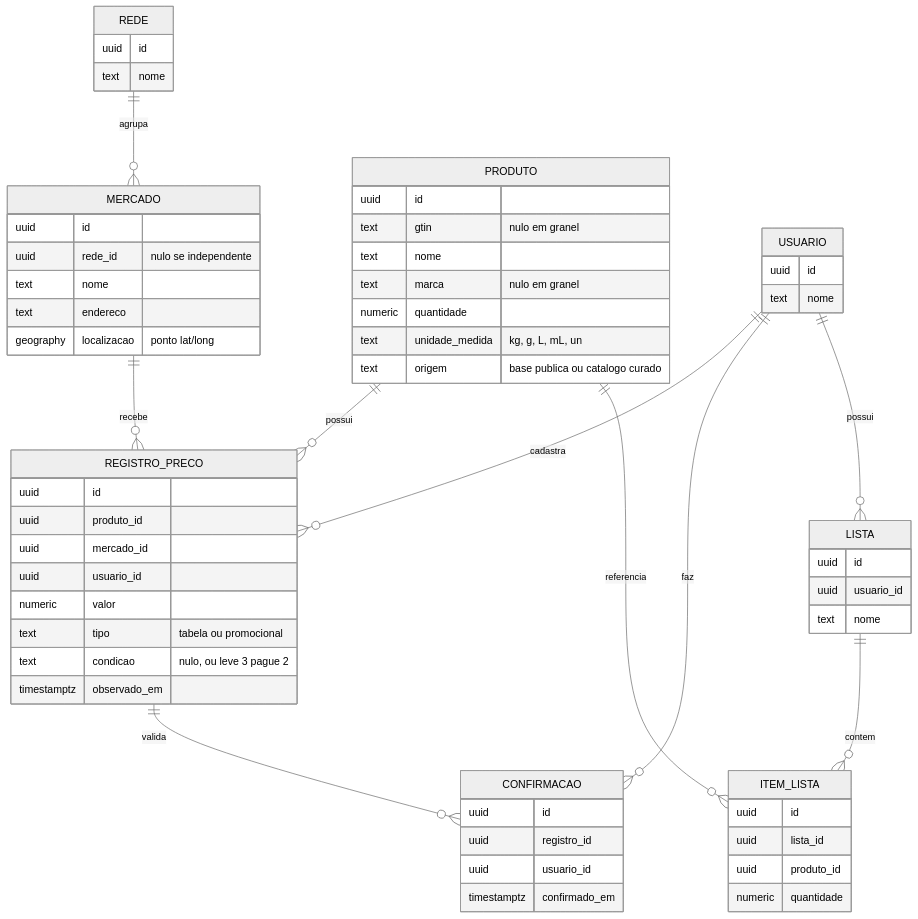
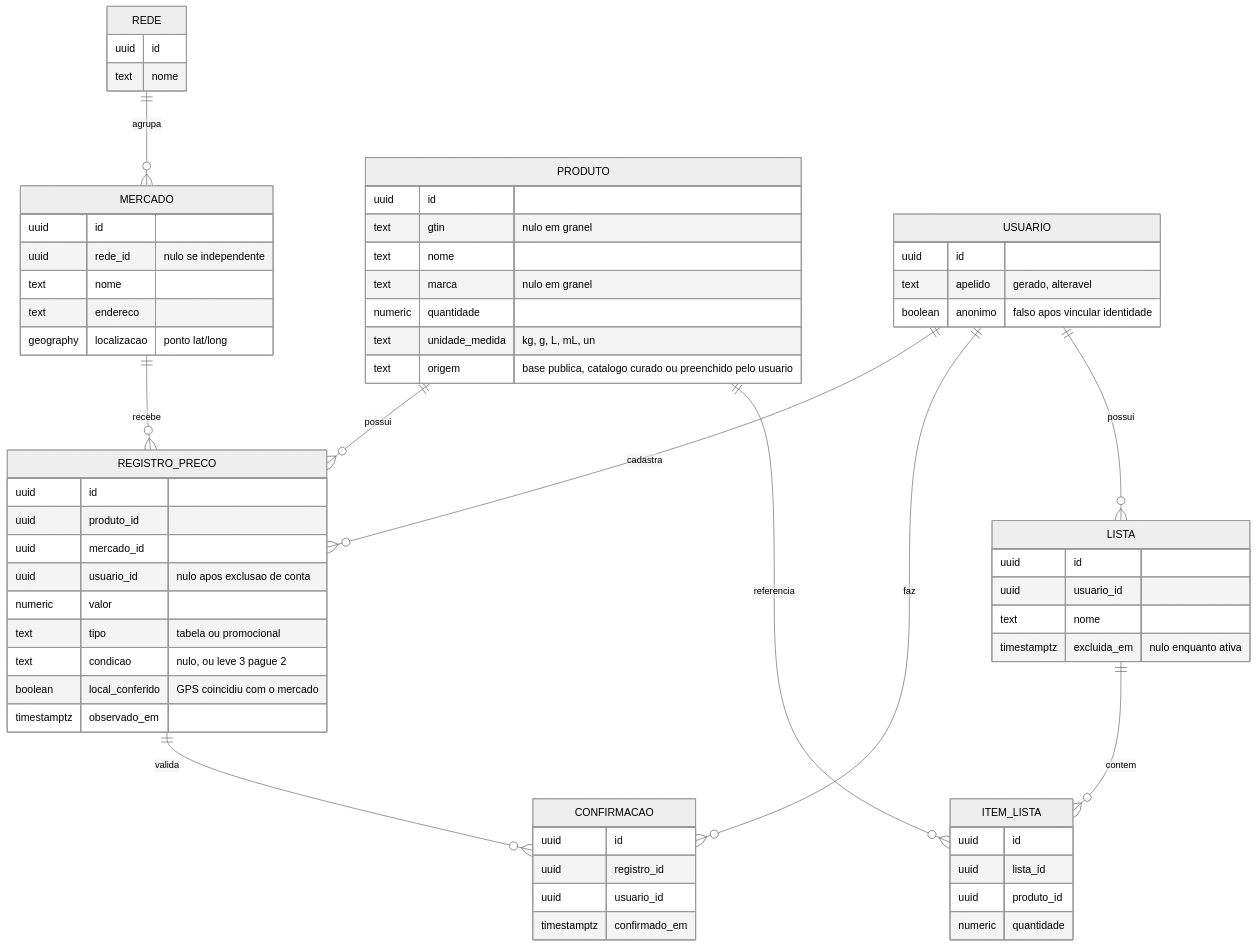
Before and after one commit to valdersonjr/bom-preco: the diagram in artefatos/requisitos/2-analise/modelo-de-dominio.md, drawn with Mermaid (neutral theme). The commit also changed other lines of this file and 5 other files, not shown here.

````diff
--- a/artefatos/requisitos/2-analise/modelo-de-dominio.md
+++ b/artefatos/requisitos/2-analise/modelo-de-dominio.md
@@ -24,64 +26,67 @@
 ```mermaid
 erDiagram
     REDE ||--o{ MERCADO : agrupa
     MERCADO ||--o{ REGISTRO_PRECO : recebe
     PRODUTO ||--o{ REGISTRO_PRECO : possui
     USUARIO ||--o{ REGISTRO_PRECO : cadastra
     REGISTRO_PRECO ||--o{ CONFIRMACAO : valida
     USUARIO ||--o{ CONFIRMACAO : faz
     USUARIO ||--o{ LISTA : possui
     LISTA ||--o{ ITEM_LISTA : contem
     PRODUTO ||--o{ ITEM_LISTA : referencia
 
     REDE {
         uuid id
         text nome
     }
     MERCADO {
         uuid id
         uuid rede_id "nulo se independente"
         text nome
         text endereco
         geography localizacao "ponto lat/long"
     }
     PRODUTO {
         uuid id
         text gtin "nulo em granel"
         text nome
         text marca "nulo em granel"
         numeric quantidade
         text unidade_medida "kg, g, L, mL, un"
-        text origem "base publica ou catalogo curado"
+        text origem "base publica, catalogo curado ou preenchido pelo usuario"
     }
     REGISTRO_PRECO {
         uuid id
         uuid produto_id
         uuid mercado_id
-        uuid usuario_id
+        uuid usuario_id "nulo apos exclusao de conta"
         numeric valor
         text tipo "tabela ou promocional"
         text condicao "nulo, ou leve 3 pague 2"
+        boolean local_conferido "GPS coincidiu com o mercado"
         timestamptz observado_em
     }
     CONFIRMACAO {
         uuid id
         uuid registro_id
         uuid usuario_id
         timestamptz confirmado_em
     }
     USUARIO {
         uuid id
-        text nome
+        text apelido "gerado, alteravel"
+        boolean anonimo "falso apos vincular identidade"
     }
     LISTA {
         uuid id
         uuid usuario_id
         text nome
+        timestamptz excluida_em "nulo enquanto ativa"
     }
     ITEM_LISTA {
         uuid id
         uuid lista_id
         uuid produto_id
         numeric quantidade
     }
 ```
````
